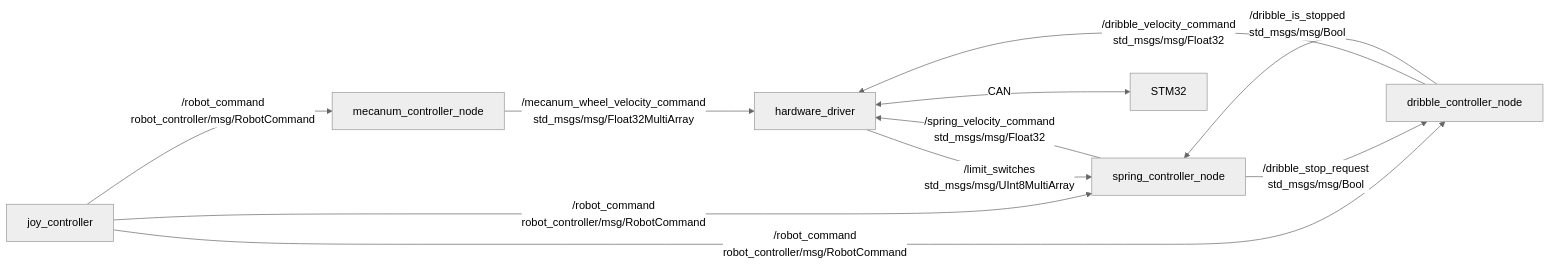
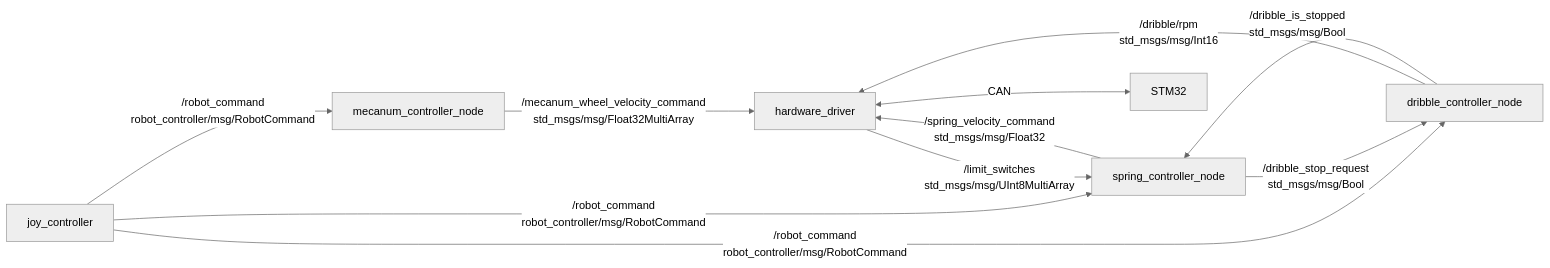
The diagram in ros2_ws/src/robot_controller/README.md (rodep-soft/rox2026), drawn with Mermaid (neutral theme) before and after one commit. The commit also changed other lines of this file and 7 other files, not shown here.

````diff
--- a/ros2_ws/src/robot_controller/README.md
+++ b/ros2_ws/src/robot_controller/README.md
@@ -7,22 +7,22 @@
 ```mermaid
 flowchart LR
   joy[joy_controller]
   mecanum[mecanum_controller_node]
   spring[spring_controller_node]
   dribble[dribble_controller_node]
   driver[hardware_driver]
   stm[STM32]
 
   joy -->|/robot_command\nrobot_controller/msg/RobotCommand| mecanum
   joy -->|/robot_command\nrobot_controller/msg/RobotCommand| spring
   joy -->|/robot_command\nrobot_controller/msg/RobotCommand| dribble
 
   mecanum -->|/mecanum_wheel_velocity_command\nstd_msgs/msg/Float32MultiArray| driver
   spring -->|/spring_velocity_command\nstd_msgs/msg/Float32| driver
-  dribble -->|/dribble_velocity_command\nstd_msgs/msg/Float32| driver
+  dribble -->|/dribble/rpm\nstd_msgs/msg/Int16| driver
   driver -->|/limit_switches\nstd_msgs/msg/UInt8MultiArray| spring
   spring -->|/dribble_stop_request\nstd_msgs/msg/Bool| dribble
   dribble -->|/dribble_is_stopped\nstd_msgs/msg/Bool| spring
 
   driver <-->|CAN| stm
 ```
````
